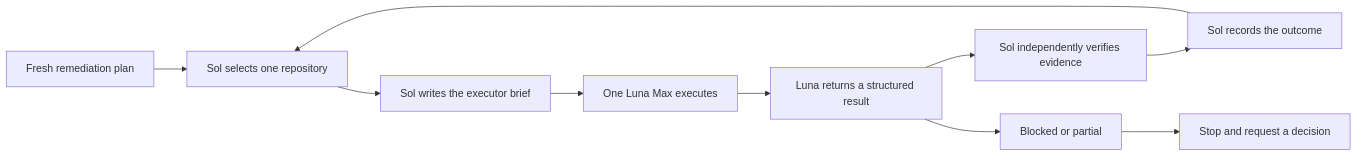
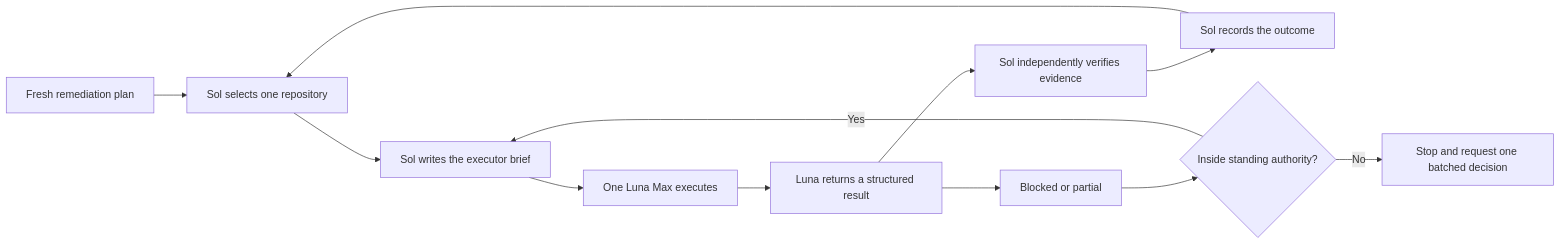
One commit to jakyeamos/pronto changed the diagram in docs/remediation-sequential-handoff.md. Above: the diagram before and after it, drawn with Mermaid. The commit also changed other lines of this file and 8 other files, not shown here.

````diff
--- a/docs/remediation-sequential-handoff.md
+++ b/docs/remediation-sequential-handoff.md
@@ -19,12 +19,14 @@
 ```mermaid
 flowchart LR
     A[Fresh remediation plan] --> B[Sol selects one repository]
     B --> C[Sol writes the executor brief]
     C --> D[One Luna Max executes]
     D --> E[Luna returns a structured result]
     E --> F[Sol independently verifies evidence]
     F --> G[Sol records the outcome]
     G --> B
     E --> H[Blocked or partial]
-    H --> I[Stop and request a decision]
+    H --> I{Inside standing authority?}
+    I -->|Yes| C
+    I -->|No| J[Stop and request one batched decision]
 ```
````
